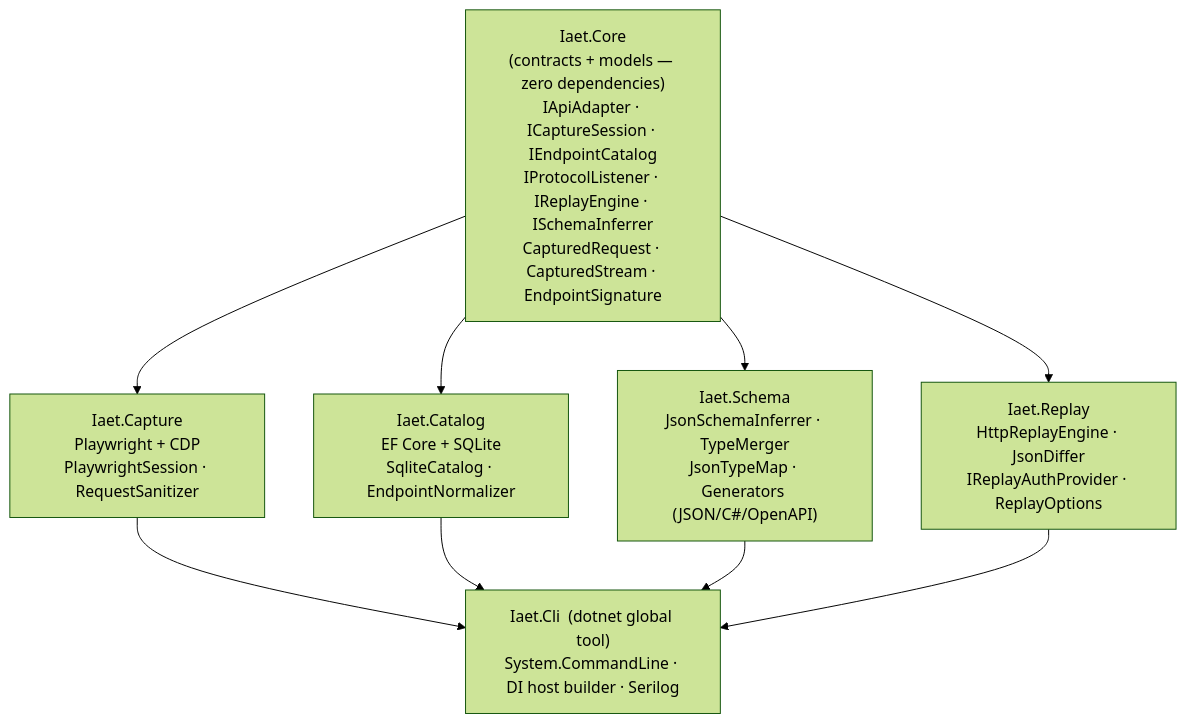
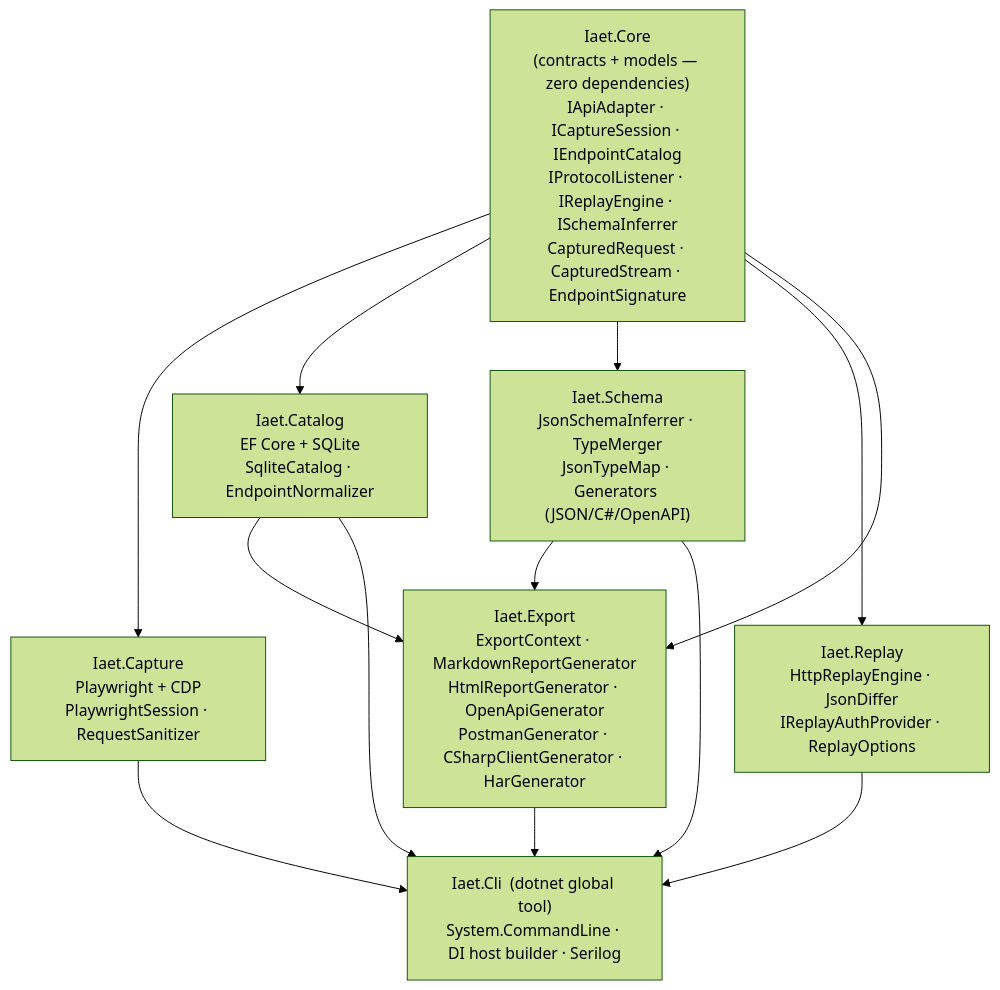
Before and after one commit to mmackelprang/IAET: the diagram in README.md, drawn with Mermaid (forest theme). The commit also changed other lines of this file and 27 other files, not shown here.

First line of the commit message:
Phase 4: Export — Markdown, HTML, OpenAPI, Postman, C#, HAR (#3)

````diff
--- a/README.md
+++ b/README.md
@@ -96,31 +117,39 @@
 ```mermaid
 graph TD
     Core["Iaet.Core
 (contracts + models — zero dependencies)
 IApiAdapter · ICaptureSession · IEndpointCatalog
 IProtocolListener · IReplayEngine · ISchemaInferrer
 CapturedRequest · CapturedStream · EndpointSignature"]
     Capture["Iaet.Capture
 Playwright + CDP
 PlaywrightSession · RequestSanitizer"]
     Catalog["Iaet.Catalog
 EF Core + SQLite
 SqliteCatalog · EndpointNormalizer"]
     Schema["Iaet.Schema
 JsonSchemaInferrer · TypeMerger
 JsonTypeMap · Generators (JSON/C#/OpenAPI)"]
     Replay["Iaet.Replay
 HttpReplayEngine · JsonDiffer
 IReplayAuthProvider · ReplayOptions"]
+    Export["Iaet.Export
+ExportContext · MarkdownReportGenerator
+HtmlReportGenerator · OpenApiGenerator
+PostmanGenerator · CSharpClientGenerator · HarGenerator"]
     Cli["Iaet.Cli  (dotnet global tool)
 System.CommandLine · DI host builder · Serilog"]
 
     Core --> Capture
     Core --> Catalog
     Core --> Schema
     Core --> Replay
+    Core --> Export
+    Catalog --> Export
+    Schema --> Export
     Capture --> Cli
     Catalog --> Cli
     Schema --> Cli
     Replay --> Cli
+    Export --> Cli
 ```
````
